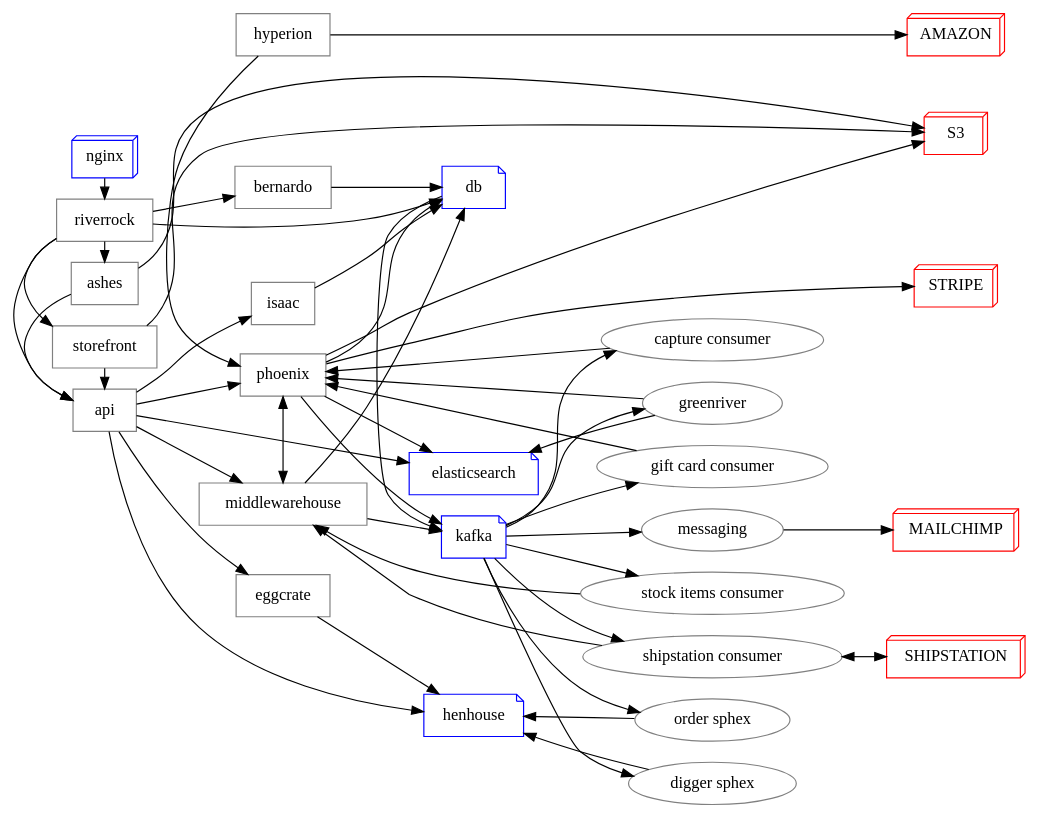
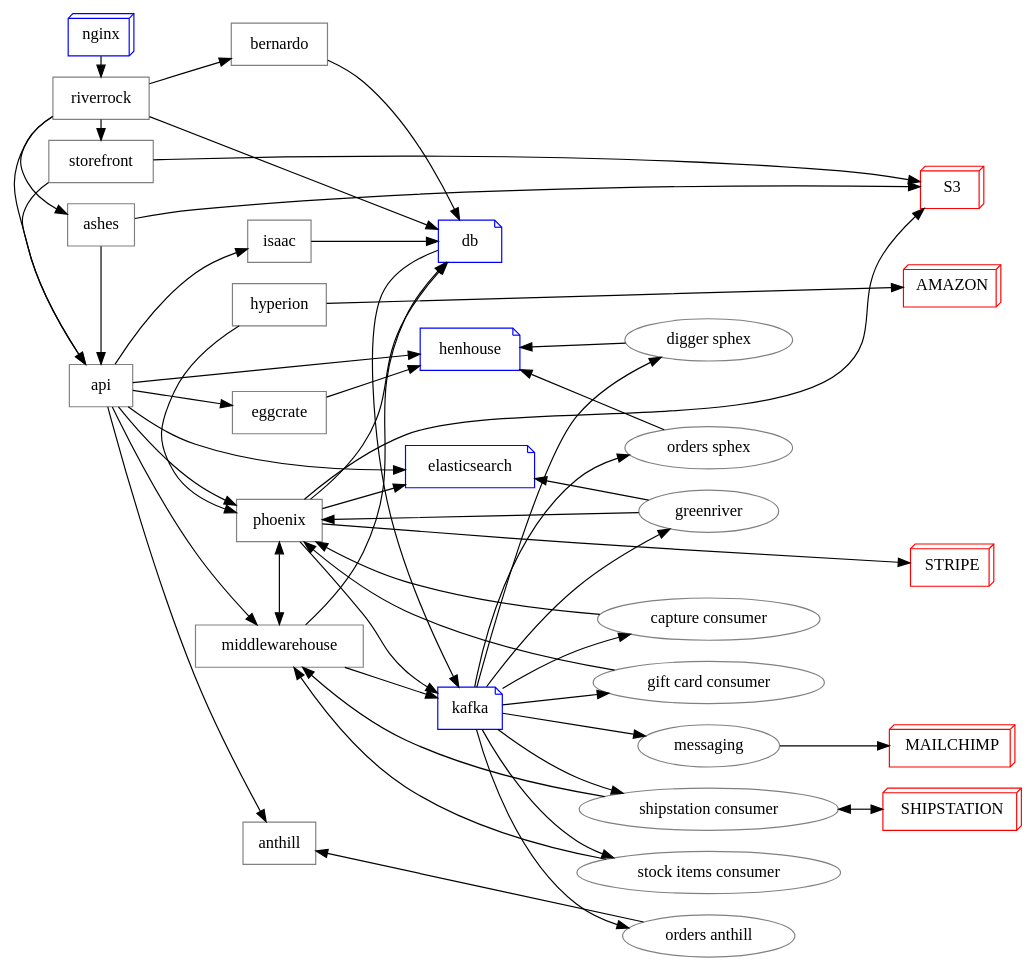
Before and after one commit to FoxComm/highlander: the diagram in documents/diagrams/system/system.dot, drawn with Graphviz. The commit also changed 2 other files, not shown here.

Commit message:
Include anthill in system diagram.

```diff
--- a/documents/diagrams/system/system.dot
+++ b/documents/diagrams/system/system.dot
@@ -1,101 +1,106 @@
 digraph {
     overlap=false;
     rankdir=LR;
 
     subgraph {
         rank=min;
         nginx [shape=box3d,color=blue];
         riverrock [shape=rectangle,color=gray];
         storefront [shape=rectangle,color=gray];
         ashes [shape=rectangle,color=gray];
         api [shape=rectangle,color=gray];
     }
 
     subgraph {
         rank=same;
         phoenix [shape=rectangle,color=gray];
         middlewarehouse [shape=rectangle,color=gray];
         eggcrate [shape=rectangle,color=gray];
+        anthill [shape=rectangle,color=gray];
         hyperion [shape=rectangle,color=gray];
         isaac [shape=rectangle,color=gray];
         bernardo [shape=rectangle,color=gray];
     }         
 
     subgraph { 
         rank=same;
         greenriver [color=gray];
         "capture consumer" [color=gray];
         "gift card consumer" [color=gray];
-        "order sphex" [color=gray];
+        "orders sphex" [color=gray];
+        "orders anthill" [color=gray];
         "digger sphex" [color=gray];
         "messaging" [color=gray];
         "shipstation consumer" [color=gray];
         "stock items consumer" [color=gray];
     }
 
     subgraph {
         rank=same;
         henhouse [shape=note,color=blue]; 
         db [shape=note,color=blue]; 
         kafka [shape=note,color=blue];
         elasticsearch [shape=note,color=blue];
     }
 
     subgraph { 
         rank=max;
         SHIPSTATION [shape=box3d,color=red];
         STRIPE [shape=box3d,color=red];
         MAILCHIMP [shape=box3d,color=red];
         S3 [shape=box3d,color=red];
         AMAZON [shape=box3d,color=red];
     }
 
     "capture consumer" -> phoenix;
     "digger sphex" -> henhouse;
-    "order sphex" -> henhouse;
+    "orders sphex" -> henhouse;
+    "orders anthill" -> anthill;
     "shipstation consumer" -> SHIPSTATION [dir=both];
     "shipstation consumer" -> middlewarehouse;
     "stock items consumer" -> middlewarehouse;
     "gift card consumer" -> phoenix;
     api -> eggcrate;
     api -> henhouse;
+    api -> anthill;
     api -> isaac;
     api -> middlewarehouse;
     api -> phoenix;
     api -> elasticsearch;
     ashes -> S3;
     ashes -> api;
     bernardo -> db;
     db -> kafka;
     eggcrate -> henhouse;
     greenriver -> elasticsearch;
     greenriver -> phoenix;
     hyperion -> AMAZON;
     hyperion -> phoenix;
     isaac -> db;
     kafka -> "capture consumer";
     kafka -> "digger sphex";
     kafka -> "gift card consumer";
-    kafka -> "order sphex";
+    kafka -> "orders sphex";
+    kafka -> "orders anthill";
     kafka -> "shipstation consumer";
     kafka -> "stock items consumer";
     kafka -> greenriver;
     kafka -> messaging;
     messaging -> MAILCHIMP;
     middlewarehouse -> db;
     middlewarehouse -> kafka;
     nginx -> riverrock;
     phoenix -> S3;
     phoenix -> STRIPE;
     phoenix -> db;
     phoenix -> kafka;
     phoenix -> middlewarehouse [dir=both];
     phoenix -> elasticsearch;
     riverrock -> api;
     riverrock -> ashes
     riverrock -> bernardo;
     riverrock -> db;
     riverrock -> storefront;
     storefront -> S3;
     storefront -> api;
 }
```
